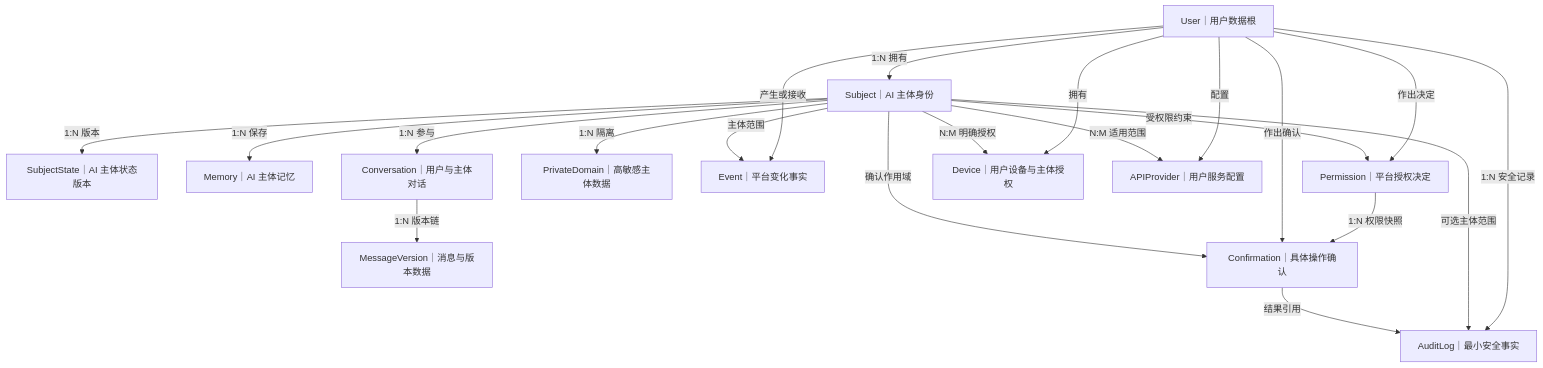
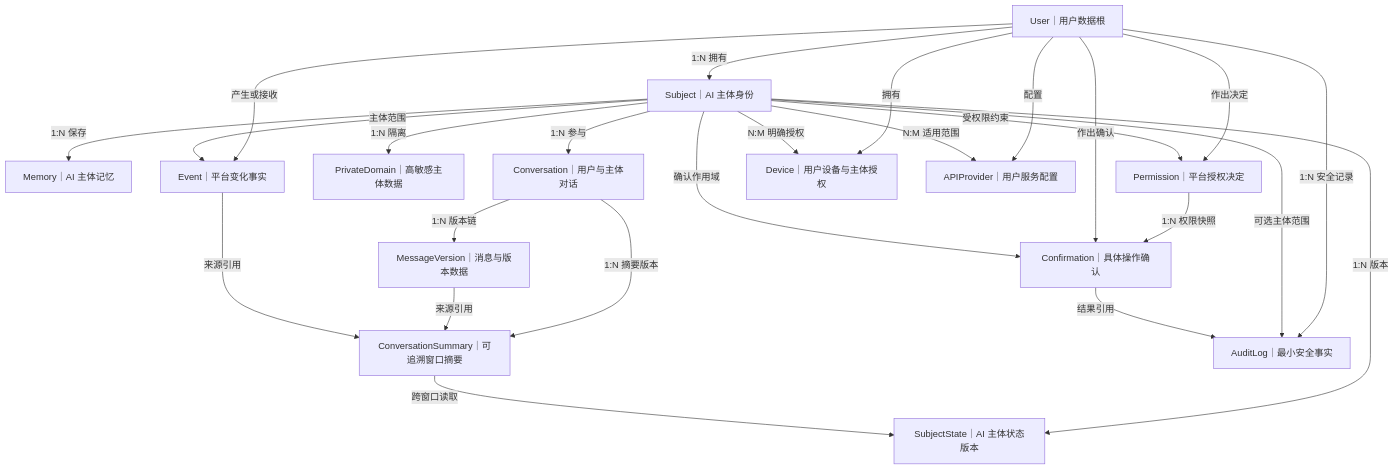
Before and after one commit to yuan69082-code/vio-live-frontend: the second of 5 diagrams in docs/后端/数据关系图.md, drawn with Mermaid. The commit also changed other lines of this file and 33 other files, not shown here.

````diff
--- a/docs/后端/数据关系图.md
+++ b/docs/后端/数据关系图.md
@@ -179,37 +197,42 @@
 ```mermaid
 flowchart TD
     U["User｜用户数据根"]
     S["Subject｜AI 主体身份"]
     SS["SubjectState｜AI 主体状态版本"]
     M["Memory｜AI 主体记忆"]
     C["Conversation｜用户与主体对话"]
     MV["MessageVersion｜消息与版本数据"]
+    CS["ConversationSummary｜可追溯窗口摘要"]
     PD["PrivateDomain｜高敏感主体数据"]
     E["Event｜平台变化事实"]
     P["Permission｜平台授权决定"]
     CF["Confirmation｜具体操作确认"]
     AL["AuditLog｜最小安全事实"]
     D["Device｜用户设备与主体授权"]
     A["APIProvider｜用户服务配置"]
 
     U -->|"1:N 拥有"| S
     S -->|"1:N 版本"| SS
     S -->|"1:N 保存"| M
     S -->|"1:N 参与"| C
     C -->|"1:N 版本链"| MV
+    C -->|"1:N 摘要版本"| CS
+    MV -->|"来源引用"| CS
+    E -->|"来源引用"| CS
+    CS -->|"跨窗口读取"| SS
     S -->|"1:N 隔离"| PD
     U -->|"产生或接收"| E
     S -->|"主体范围"| E
     U -->|"作出决定"| P
     S -->|"受权限约束"| P
     P -->|"1:N 权限快照"| CF
     U -->|"作出确认"| CF
     S -->|"确认作用域"| CF
     U -->|"1:N 安全记录"| AL
     S -->|"可选主体范围"| AL
     CF -->|"结果引用"| AL
     U -->|"拥有"| D
     S -->|"N:M 明确授权"| D
     U -->|"配置"| A
     S -->|"N:M 适用范围"| A
 ```
````
